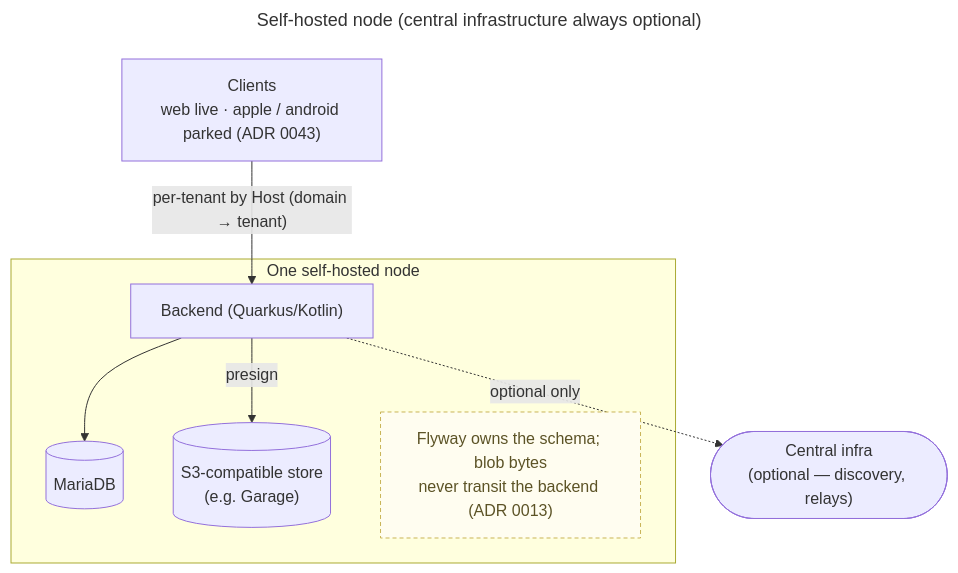
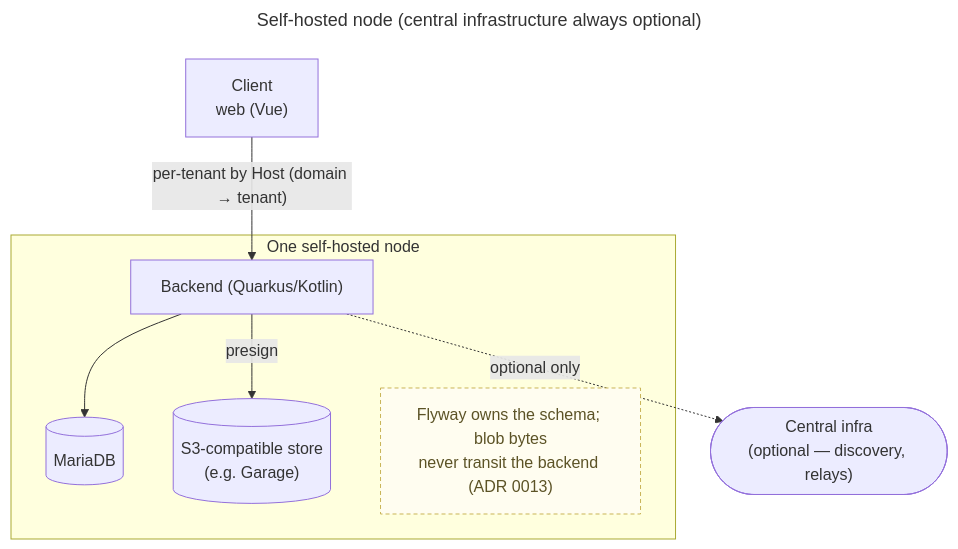
Before and after one commit to raddatzk/veyq-no-e2ee: the third of 3 diagrams in docs/architecture/README.md, drawn with Mermaid. The commit also changed other lines of this file and 2657 other files, not shown here.

````diff
--- a/docs/architecture/README.md
+++ b/docs/architecture/README.md
@@ -152,22 +155,22 @@
 ```mermaid
 ---
 title: Self-hosted node (central infrastructure always optional)
 ---
 flowchart TB
-  C["Clients<br>web live · apple / android parked (ADR 0043)"]
+  C["Client<br>web (Vue)"]
   subgraph N["One self-hosted node"]
     B["Backend (Quarkus/Kotlin)"]
     DB[("MariaDB")]
     S[("S3-compatible store<br>(e.g. Garage)")]
     NB["Flyway owns the schema; blob bytes<br>never transit the backend (ADR 0013)"]
   end
   CI(["Central infra<br>(optional — discovery, relays)"])
 
   C -->|"per-tenant by Host (domain → tenant)"| B
   B --> DB
   B -->|"presign"| S
   B -.->|"optional only"| CI
 
   classDef note fill:#fffdf0,stroke:#c9b458,stroke-dasharray:4 3,color:#5c5326
   class NB note
 ```
````
